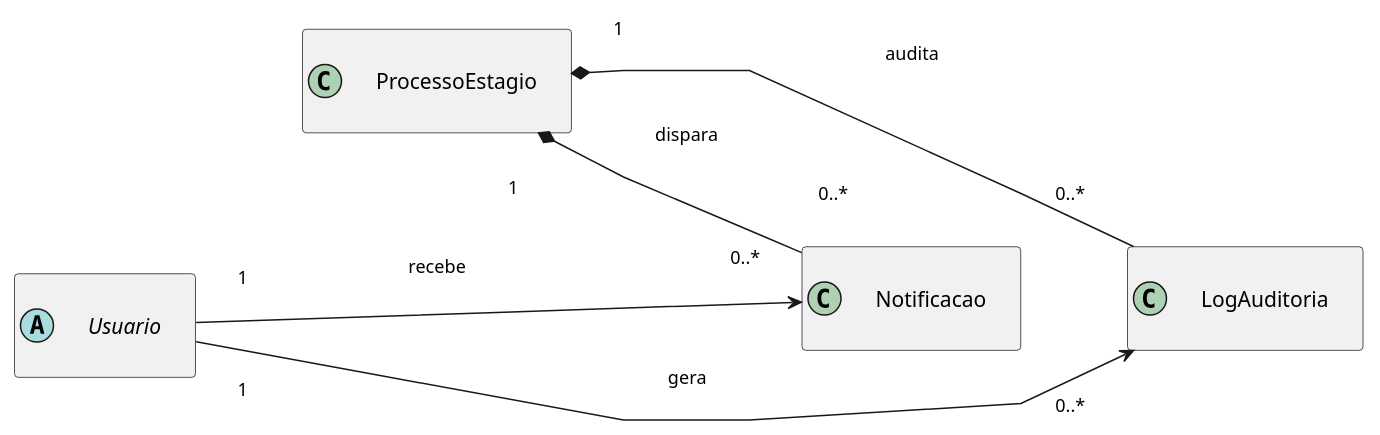
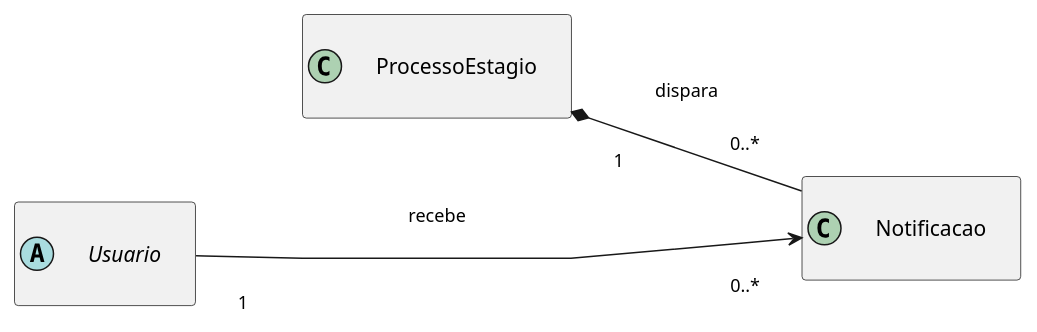
Before and after one commit to Projetos-de-Extensao/PBE_26.1_8002_I: the ninth of 9 diagrams in docs/Elaboracao/diagrma_de_classes.md, drawn with PlantUML. The commit also changed other lines of this file, not shown here.

Commit message:
Refine class diagram support text

````diff
--- a/docs/Elaboracao/diagrma_de_classes.md
+++ b/docs/Elaboracao/diagrma_de_classes.md
@@ -362,25 +366,21 @@
 ```puml
 @startuml
 left to right direction
 hide empty members
 skinparam classAttributeIconSize 0
 skinparam linetype polyline
 skinparam nodesep 70
 skinparam ranksep 70
 skinparam Padding 20
 skinparam ArrowFontSize 12
 
 abstract class Usuario
 class ProcessoEstagio
 class Notificacao
-class LogAuditoria
 
 Usuario "1" --> "0..*" Notificacao : recebe
-Usuario "1" --> "0..*" LogAuditoria : gera
 ProcessoEstagio "1" *-- "0..*" Notificacao : dispara
-ProcessoEstagio "1" *-- "0..*" LogAuditoria : audita
 
 Usuario -[hidden]- ProcessoEstagio
-Notificacao -[hidden]- LogAuditoria
 @enduml
 ```
````
